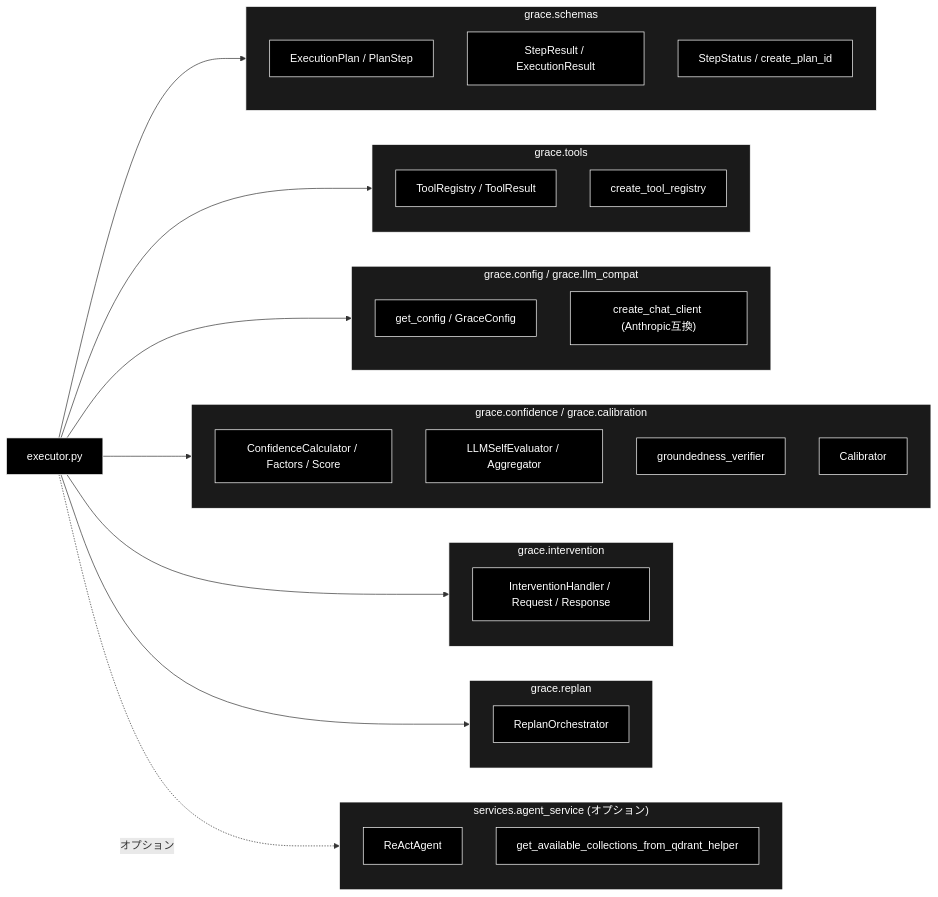
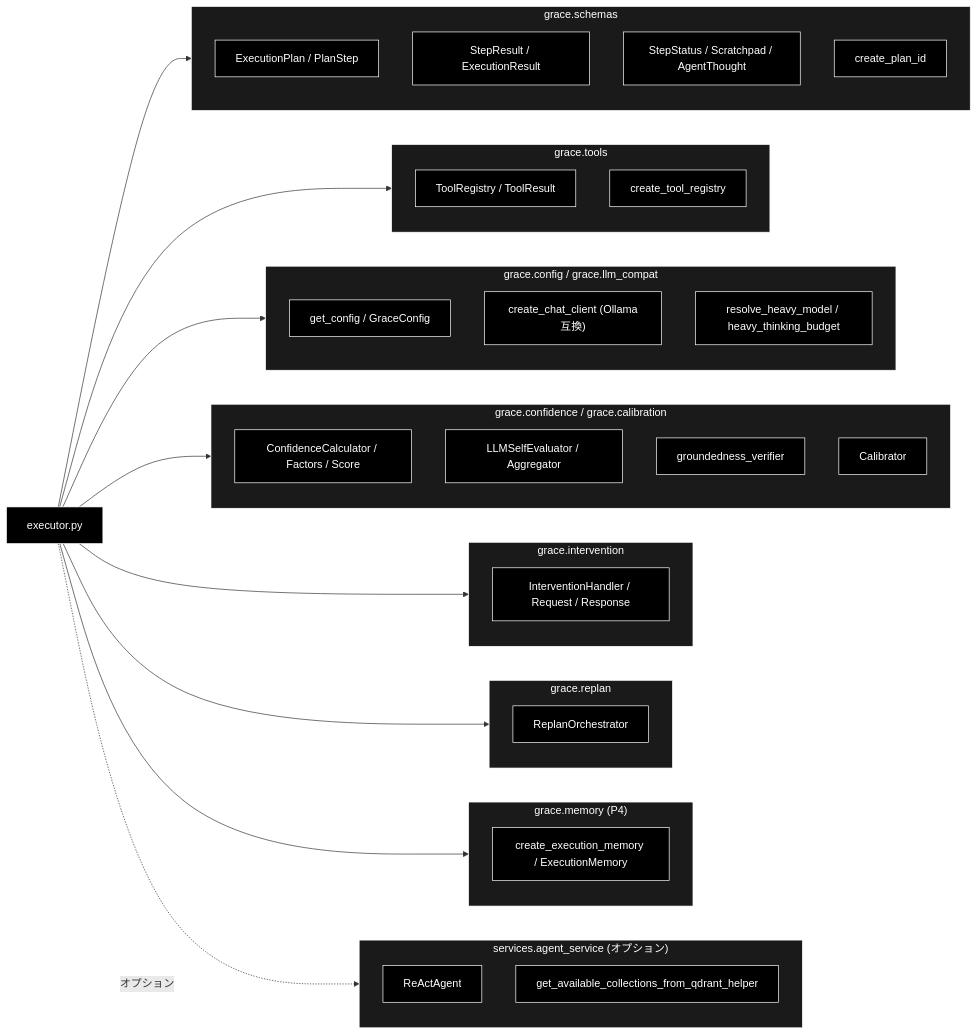
One commit to nakashima2toshio/grace_v2_local changed the third of 6 diagrams in grace/docs/executor.md. Above: the diagram before and after it, drawn with Mermaid. The commit also changed other lines of this file, not shown here.

First line of the commit message:
docs(grace): executor.md を実装(v5.0・ReActループ含む)に追いつかせる

````diff
--- a/grace/docs/executor.md
+++ b/grace/docs/executor.md
@@ -1907,58 +2494,66 @@
 ```mermaid
 flowchart LR
     EXECUTOR["executor.py"]
 
     subgraph SCHEMAS["grace.schemas"]
         S1["ExecutionPlan / PlanStep"]
         S2["StepResult / ExecutionResult"]
-        S3["StepStatus / create_plan_id"]
+        S3S["StepStatus / Scratchpad / AgentThought"]
+        S4["create_plan_id"]
     end
 
     subgraph TOOLS["grace.tools"]
         T1["ToolRegistry / ToolResult"]
         T2["create_tool_registry"]
     end
 
     subgraph CONFIG["grace.config / grace.llm_compat"]
         C1["get_config / GraceConfig"]
-        C2["create_chat_client (Anthropic互換)"]
+        C2["create_chat_client (Ollama互換)"]
+        C3["resolve_heavy_model / heavy_thinking_budget"]
     end
 
     subgraph CONFIDENCE["grace.confidence / grace.calibration"]
         CF1["ConfidenceCalculator / Factors / Score"]
         CF2["LLMSelfEvaluator / Aggregator"]
         CF3["groundedness_verifier"]
         CF4["Calibrator"]
     end
 
     subgraph INTERVENTION["grace.intervention"]
         I1["InterventionHandler / Request / Response"]
     end
 
     subgraph REPLAN["grace.replan"]
         R1["ReplanOrchestrator"]
     end
 
+    subgraph MEMORY["grace.memory (P4)"]
+        M1["create_execution_memory / ExecutionMemory"]
+    end
+
     subgraph LEGACY["services.agent_service (オプション)"]
         L1["ReActAgent"]
         L2["get_available_collections_from_qdrant_helper"]
     end
 
     EXECUTOR --> SCHEMAS
     EXECUTOR --> TOOLS
     EXECUTOR --> CONFIG
     EXECUTOR --> CONFIDENCE
     EXECUTOR --> INTERVENTION
     EXECUTOR --> REPLAN
+    EXECUTOR --> MEMORY
     EXECUTOR -.->|オプション| LEGACY
 classDef default fill:#000,stroke:#fff,color:#fff
 classDef subgraphStyle fill:#1a1a1a,stroke:#fff,color:#fff
-class EXECUTOR,S1,S2,S3,T1,T2,C1,C2,CF1,CF2,CF3,CF4,I1,R1,L1,L2 default
+class EXECUTOR,S1,S2,S3S,S4,T1,T2,C1,C2,C3,CF1,CF2,CF3,CF4,I1,R1,M1,L1,L2 default
 style SCHEMAS fill:#1a1a1a,stroke:#fff,color:#fff
 style TOOLS fill:#1a1a1a,stroke:#fff,color:#fff
 style CONFIG fill:#1a1a1a,stroke:#fff,color:#fff
 style CONFIDENCE fill:#1a1a1a,stroke:#fff,color:#fff
 style INTERVENTION fill:#1a1a1a,stroke:#fff,color:#fff
 style REPLAN fill:#1a1a1a,stroke:#fff,color:#fff
+style MEMORY fill:#1a1a1a,stroke:#fff,color:#fff
 style LEGACY fill:#1a1a1a,stroke:#fff,color:#fff
 ```
````
